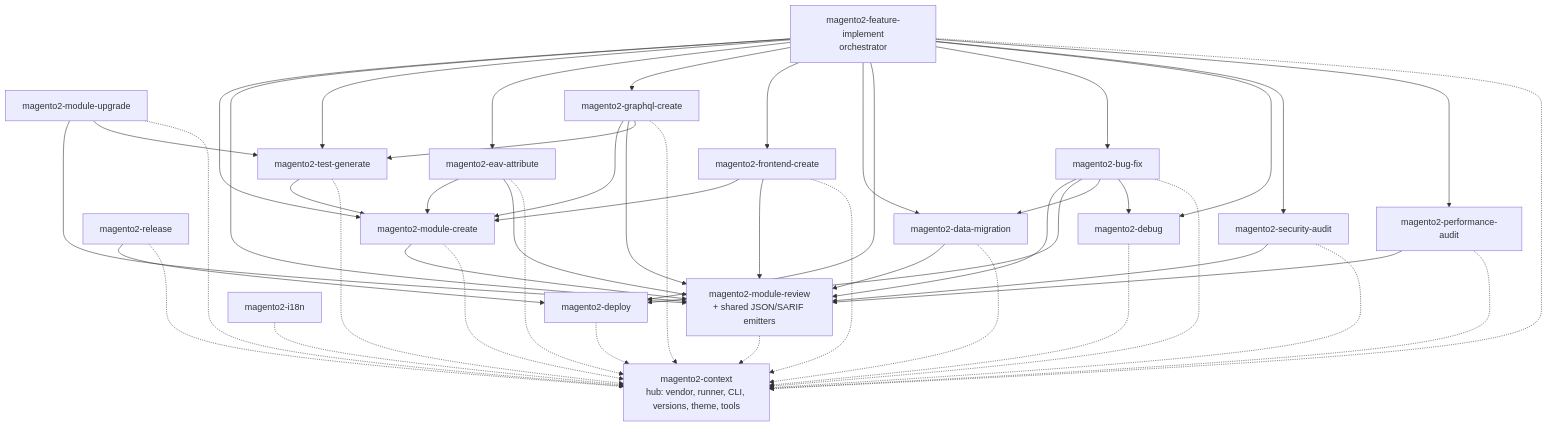
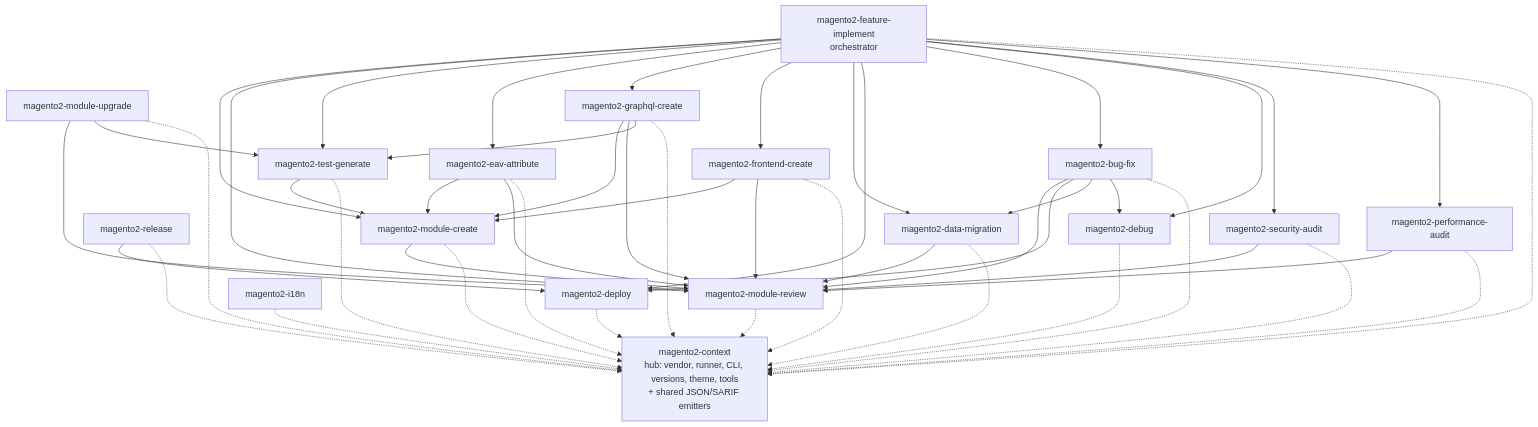
Before and after one commit to muon-m2/magento2-tools: the first of 8 diagrams in docs/flows-and-scenarios.md, drawn with Mermaid. The commit also changed other lines of this file and 24 other files, not shown here.

First line of the commit message:
refactor(emitters): move findings emitters into magento2-context hub

````diff
--- a/docs/flows-and-scenarios.md
+++ b/docs/flows-and-scenarios.md
@@ -14,51 +14,51 @@
 ```mermaid
 graph TD
-    CTX[magento2-context<br/>hub: vendor, runner, CLI, versions, theme, tools]
+    CTX[magento2-context<br/>hub: vendor, runner, CLI, versions, theme, tools<br/>+ shared JSON/SARIF emitters]
 
     FI[magento2-feature-implement<br/>orchestrator]
     BF[magento2-bug-fix]
     MC[magento2-module-create]
-    MR[magento2-module-review<br/>+ shared JSON/SARIF emitters]
+    MR[magento2-module-review]
     TG[magento2-test-generate]
     DEP[magento2-deploy]
     UPG[magento2-module-upgrade]
     REL[magento2-release]
     SEC[magento2-security-audit]
     PERF[magento2-performance-audit]
     DBG[magento2-debug]
     EAV[magento2-eav-attribute]
     GQL[magento2-graphql-create]
     FE[magento2-frontend-create]
     DM[magento2-data-migration]
     I18N[magento2-i18n]
 
     FI --> MC & MR & TG & EAV & GQL & FE & DM & DEP & BF & DBG & SEC & PERF
     BF --> MR & DEP & DM & DBG
     MC --> MR
     UPG --> MR & TG
     REL --> DEP
     SEC --> MR
     PERF --> MR
     EAV --> MC & MR
     GQL --> MC & MR & TG
     FE --> MC & MR
     DM --> MR
     TG --> MC
 
     MC -.-> CTX
     MR -.-> CTX
     FI -.-> CTX
     BF -.-> CTX
     DEP -.-> CTX
     UPG -.-> CTX
     REL -.-> CTX
     SEC -.-> CTX
     PERF -.-> CTX
     DBG -.-> CTX
     EAV -.-> CTX
     GQL -.-> CTX
     FE -.-> CTX
     DM -.-> CTX
     I18N -.-> CTX
     TG -.-> CTX
 ```
````
